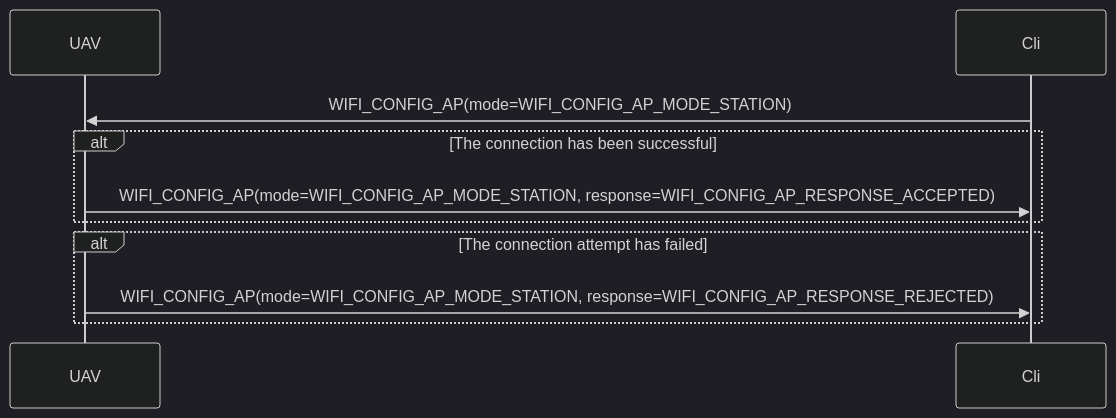
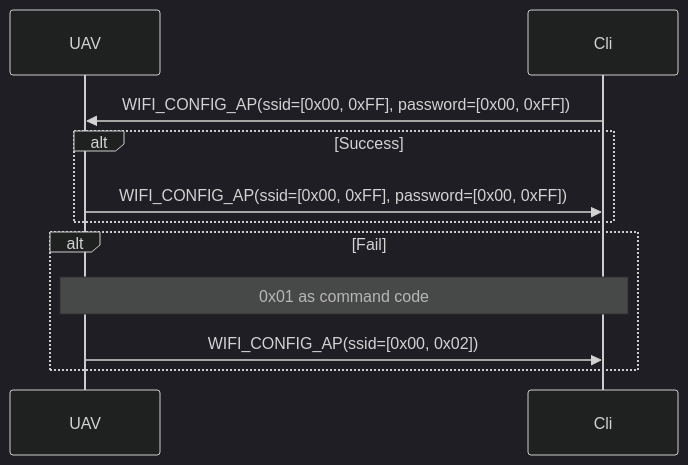
Before and after one commit to geoscan/pioneer_sdk: the second of 4 diagrams in pioneer_sdk/mavsub/README.md, drawn with Mermaid (dark theme). The commit also changed other lines of this file, not shown here.

````diff
--- a/pioneer_sdk/mavsub/README.md
+++ b/pioneer_sdk/mavsub/README.md
@@ -44,14 +74,15 @@
 ```mermaid
 sequenceDiagram
 	participant UAV
 	participant Cli
-	Cli ->> UAV: WIFI_CONFIG_AP(mode=WIFI_CONFIG_AP_MODE_STATION)
+	Cli ->> UAV: WIFI_CONFIG_AP(ssid=[0x00, 0xFF], password=[0x00, 0xFF])
 
-	alt The connection has been successful
-		UAV ->> Cli: WIFI_CONFIG_AP(mode=WIFI_CONFIG_AP_MODE_STATION, response=WIFI_CONFIG_AP_RESPONSE_ACCEPTED)
+	alt Success
+		UAV ->> Cli: WIFI_CONFIG_AP(ssid=[0x00, 0xFF], password=[0x00, 0xFF])
 	end
 
-	alt The connection attempt has failed
-		UAV ->> Cli: WIFI_CONFIG_AP(mode=WIFI_CONFIG_AP_MODE_STATION, response=WIFI_CONFIG_AP_RESPONSE_REJECTED)
+	alt Fail
+		note over UAV, Cli: 0x01 as command code
+		UAV ->> Cli: WIFI_CONFIG_AP(ssid=[0x00, 0x02])
 	end
 ```
````
